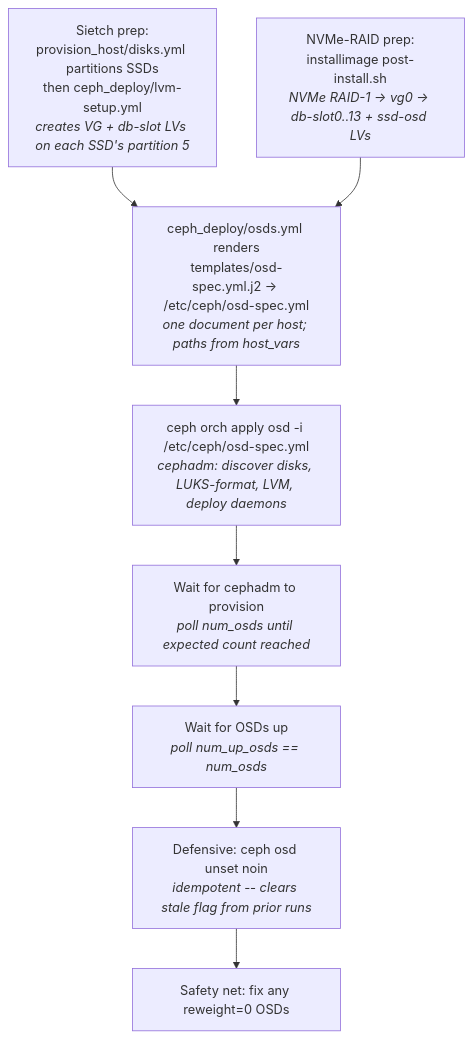
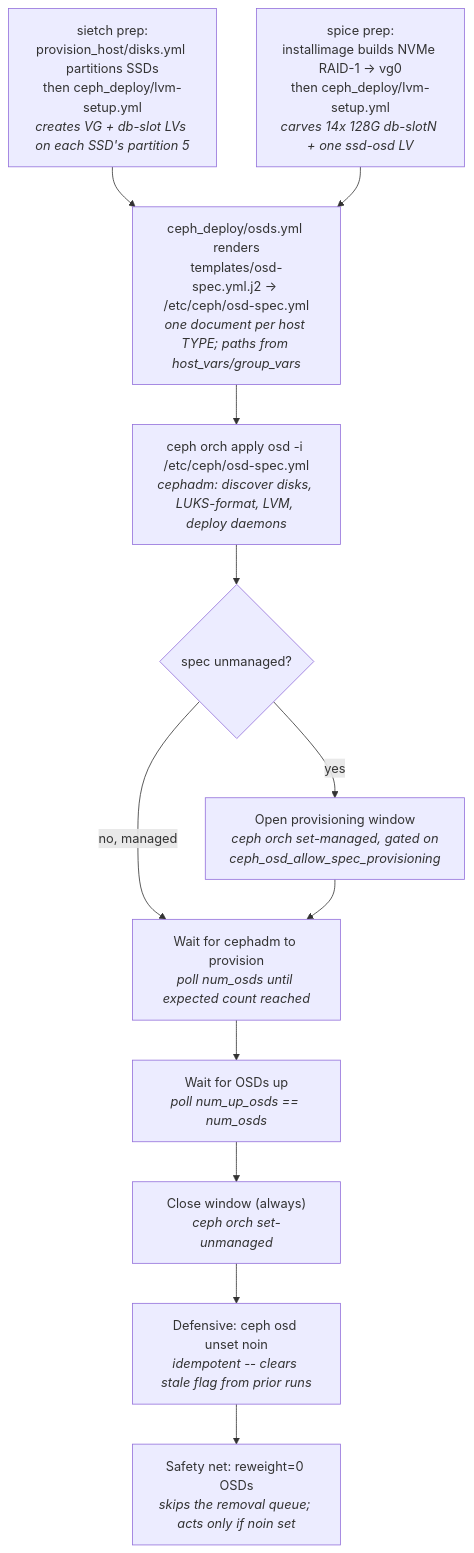
One commit to immich-app/yucca changed the tenth of 11 diagrams in ansible/ceph/docs/architecture.md. Above: the diagram before and after it, drawn with Mermaid. The commit also changed other lines of this file and 9 other files, not shown here.

First line of the commit message:
fix(ceph): take osd specs out of the cephadm serve loop (#364)

````diff
--- a/ansible/ceph/docs/architecture.md
+++ b/ansible/ceph/docs/architecture.md
@@ -677,15 +784,21 @@
 ```mermaid
 flowchart TB
-    SIETCH["Sietch prep:<br/>provision_host/disks.yml partitions SSDs<br/>then ceph_deploy/lvm-setup.yml<br/><i>creates VG + db-slot LVs on each SSD's partition 5</i>"]
-    NVMERAID["NVMe-RAID prep:<br/>installimage post-install.sh<br/><i>NVMe RAID-1 -> vg0 -> db-slot0..13 + ssd-osd LVs</i>"]
-    SPEC["ceph_deploy/osds.yml renders<br/>templates/osd-spec.yml.j2 -> /etc/ceph/osd-spec.yml<br/><i>one document per host; paths from host_vars</i>"]
+    SIETCH["sietch prep:<br/>provision_host/disks.yml partitions SSDs<br/>then ceph_deploy/lvm-setup.yml<br/><i>creates VG + db-slot LVs on each SSD's partition 5</i>"]
+    NVMERAID["spice prep:<br/>installimage builds NVMe RAID-1 -> vg0<br/>then ceph_deploy/lvm-setup.yml<br/><i>carves 14x 128G db-slotN + one ssd-osd LV</i>"]
+    SPEC["ceph_deploy/osds.yml renders<br/>templates/osd-spec.yml.j2 -> /etc/ceph/osd-spec.yml<br/><i>one document per host TYPE; paths from host_vars/group_vars</i>"]
     APPLY["ceph orch apply osd -i /etc/ceph/osd-spec.yml<br/><i>cephadm: discover disks, LUKS-format, LVM, deploy daemons</i>"]
+    WINDOW{"spec unmanaged?"}
+    OPEN["Open provisioning window<br/><i>ceph orch set-managed, gated on<br/>ceph_osd_allow_spec_provisioning</i>"]
     POLL["Wait for cephadm to provision<br/><i>poll num_osds until expected count reached</i>"]
     UP["Wait for OSDs up<br/><i>poll num_up_osds == num_osds</i>"]
+    CLOSE["Close window (always)<br/><i>ceph orch set-unmanaged</i>"]
     UNSET["Defensive: ceph osd unset noin<br/><i>idempotent -- clears stale flag from prior runs</i>"]
-    REWEIGHT["Safety net: fix any reweight=0 OSDs"]
+    REWEIGHT["Safety net: reweight=0 OSDs<br/><i>skips the removal queue; acts only if noin set</i>"]
 
     SIETCH --> SPEC
     NVMERAID --> SPEC
-    SPEC --> APPLY --> POLL --> UP --> UNSET --> REWEIGHT
+    SPEC --> APPLY --> WINDOW
+    WINDOW -->|no, managed| POLL
+    WINDOW -->|yes| OPEN --> POLL
+    POLL --> UP --> CLOSE --> UNSET --> REWEIGHT
 ```
````
